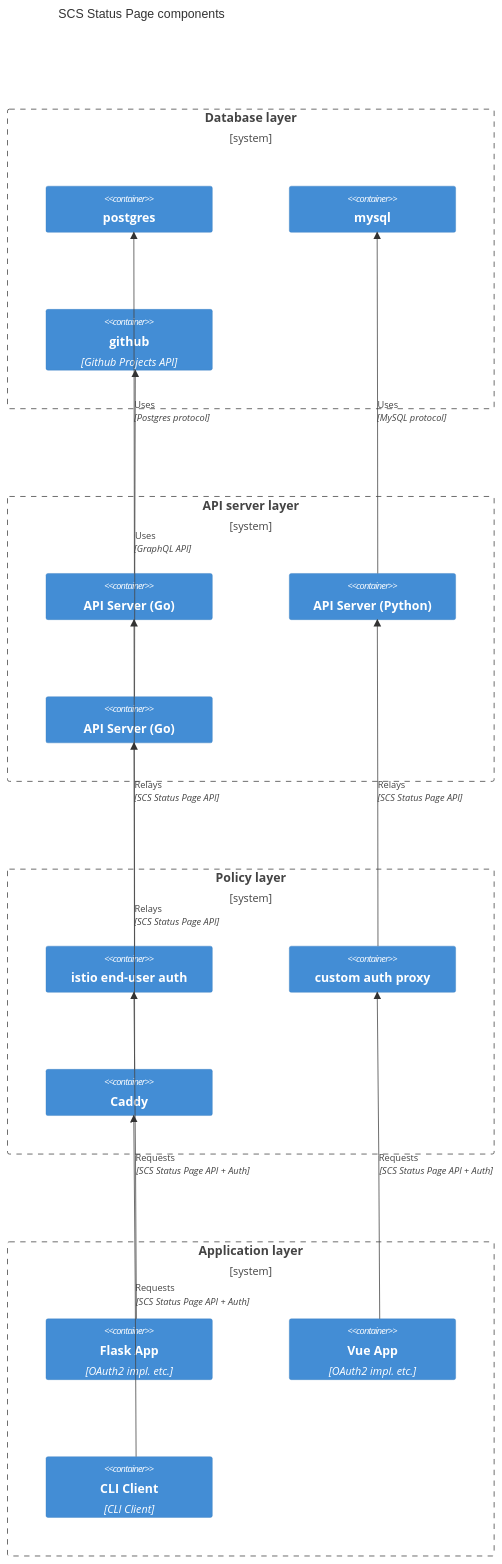
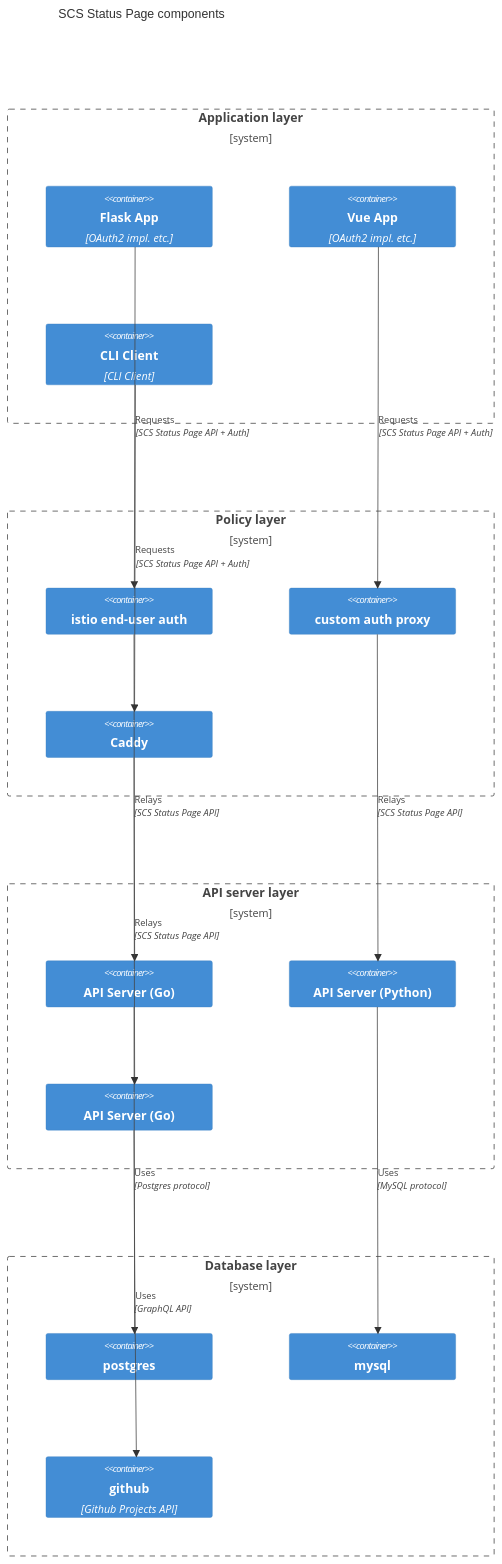
Before and after one commit to SovereignCloudStack/status-page-openapi: the diagram in docs/components.md, drawn with Mermaid. The commit also changed other lines of this file, not shown here.

````diff
--- a/docs/components.md
+++ b/docs/components.md
@@ -5,34 +5,34 @@
 ```mermaid
   C4Container
   title SCS Status Page components
   UpdateLayoutConfig("100", "1")
-  Boundary(b1, "Database layer") {
-    Container(db1, "postgres", "")
-    Container(db2, "mysql", "")
-    Container(db3, "github", "Github Projects API")
+  Boundary(b4, "Application layer") {
+    Container(app1, "Flask App", "OAuth2 impl. etc.")
+    Container(app2, "Vue App", "OAuth2 impl. etc.")
+    Container(app3, "CLI Client", "CLI Client")
+  }
+  Boundary(b3, "Policy layer") {
+    Container(policy1, "istio end-user auth", "")
+    Container(policy2, "custom auth proxy", "")
+    Container(policy3, "Caddy", "")
   }
   Boundary(b2, "API server layer") {
     Container(api1, "API Server (Go)", "")
     Container(api2, "API Server (Python)", "")
     Container(api3, "API Server (Go)", "")
   }
-  Boundary(b3, "Policy layer") {
-    Container(policy1, "istio end-user auth", "")
-    Container(policy2, "custom auth proxy", "")
-    Container(policy3, "Caddy", "")
-  }
-  Boundary(b4, "Application layer") {
-    Container(app1, "Flask App", "OAuth2 impl. etc.")
-    Container(app2, "Vue App", "OAuth2 impl. etc.")
-    Container(app3, "CLI Client", "CLI Client")
+  Boundary(b1, "Database layer") {
+    Container(db1, "postgres", "")
+    Container(db2, "mysql", "")
+    Container(db3, "github", "Github Projects API")
   }
   Rel(api1, db1, "Uses", "Postgres protocol")
   Rel(api2, db2, "Uses", "MySQL protocol")
   Rel(api3, db3, "Uses", "GraphQL API")
   Rel(policy1, api1, "Relays", "SCS Status Page API")
   Rel(policy2, api2, "Relays", "SCS Status Page API")
   Rel(policy3, api3, "Relays", "SCS Status Page API")
   Rel(app1, policy1, "Requests", "SCS Status Page API + Auth")
   Rel(app2, policy2, "Requests", "SCS Status Page API + Auth")
   Rel(app3, policy3, "Requests", "SCS Status Page API + Auth")
 ```
````
